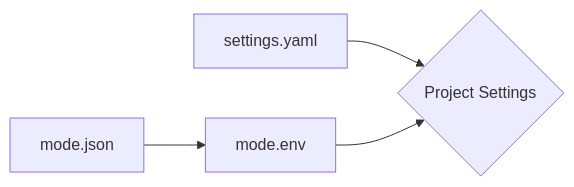
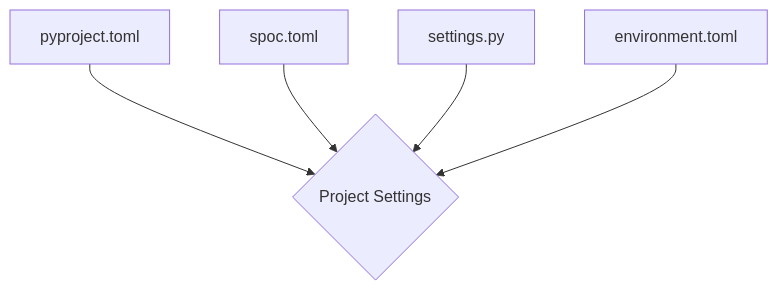
One commit to hlop3z/fastberry changed the diagram in docs/docs/settings.md. Above: the diagram before and after it, drawn with Mermaid. The commit also changed other lines of this file and 176 other files, not shown here.

````diff
--- a/docs/docs/settings.md
+++ b/docs/docs/settings.md
@@ -15,6 +18,7 @@
 ```mermaid
-graph LR;
-    A[settings.yaml] --> D;
-    B[mode.json] --> C;
-    C[mode.env] --> D{Project Settings};
+flowchart TB;
+    A[pyproject.toml] --> E{Project Settings};
+    B[spoc.toml] --> E{Project Settings};
+    C[settings.py] --> E;
+    D[environment.toml] --> E;
 ```
````
